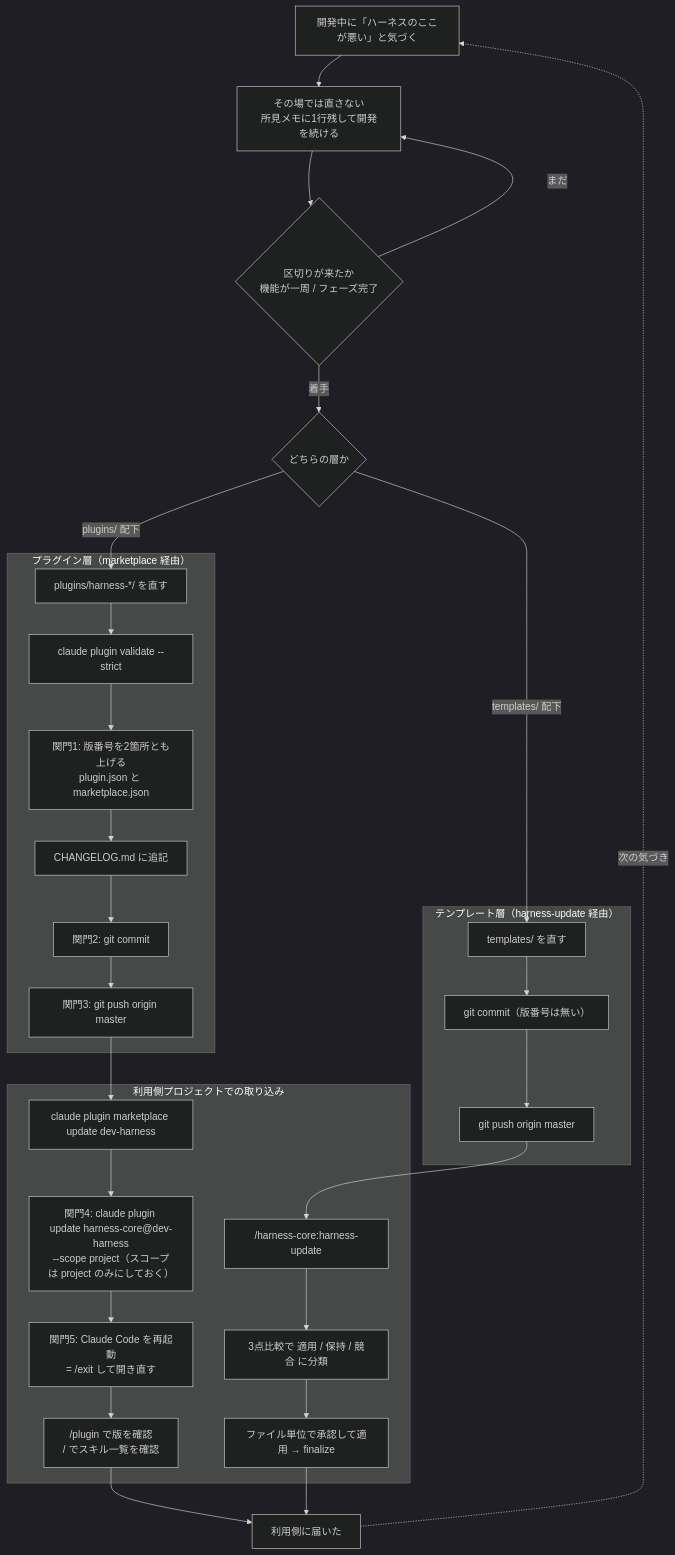
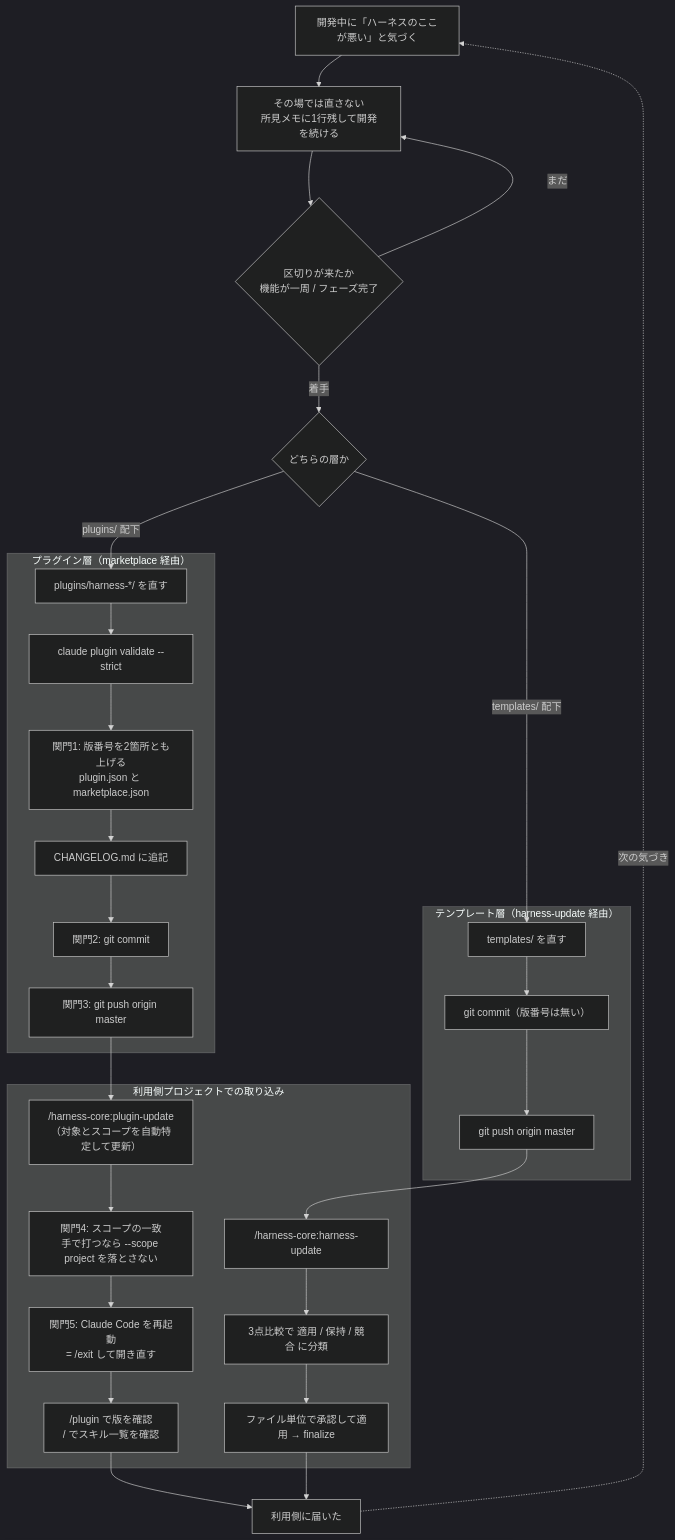
One commit to mizuta0711/claude-dev-harness changed the diagram in docs/diagrams/06_改善還元フロー図.md. Above: the diagram before and after it, drawn with Mermaid (dark theme). The commit also changed other lines of this file and 8 other files, not shown here.

First line of the commit message:
feat(skills): plugin-update スキルを追加（harness-core 0.6.2）

````diff
--- a/docs/diagrams/06_改善還元フロー図.md
+++ b/docs/diagrams/06_改善還元フロー図.md
@@ -57,46 +57,46 @@
 ```mermaid
 flowchart TD
     A["開発中に「ハーネスのここが悪い」と気づく"] --> B["その場では直さない<br/>所見メモに1行残して開発を続ける"]
     B --> C{"区切りが来たか<br/>機能が一周 / フェーズ完了"}
     C -->|まだ| B
     C -->|着手| D{"どちらの層か"}
 
     subgraph PL["プラグイン層（marketplace 経由）"]
         P1["plugins/harness-*/ を直す"]
         P2["claude plugin validate --strict"]
         P3["関門1: 版番号を2箇所とも上げる<br/>plugin.json と marketplace.json"]
         P4["CHANGELOG.md に追記"]
         P5["関門2: git commit"]
         P6["関門3: git push origin master"]
         P1 --> P2 --> P3 --> P4 --> P5 --> P6
     end
 
     subgraph TL["テンプレート層（harness-update 経由）"]
         T1["templates/ を直す"]
         T2["git commit（版番号は無い）"]
         T3["git push origin master"]
         T1 --> T2 --> T3
     end
 
     D -->|"plugins/ 配下"| P1
     D -->|"templates/ 配下"| T1
 
     subgraph UP["利用側プロジェクトでの取り込み"]
-        U1["claude plugin marketplace update dev-harness"]
-        U2["関門4: claude plugin update harness-core@dev-harness<br/>--scope project（スコープは project のみにしておく）"]
+        U1["/harness-core:plugin-update<br/>（対象とスコープを自動特定して更新）"]
+        U2["関門4: スコープの一致<br/>手で打つなら --scope project を落とさない"]
         U3["関門5: Claude Code を再起動<br/>= /exit して開き直す"]
         U4["/plugin で版を確認<br/>/ でスキル一覧を確認"]
         U1 --> U2 --> U3 --> U4
         W1["/harness-core:harness-update"]
         W2["3点比較で 適用 / 保持 / 競合 に分類"]
         W3["ファイル単位で承認して適用 → finalize"]
         W1 --> W2 --> W3
     end
 
     P6 --> U1
     T3 --> W1
 
     U4 --> Z["利用側に届いた"]
     W3 --> Z
     Z -.->|次の気づき| A
 ```
````
